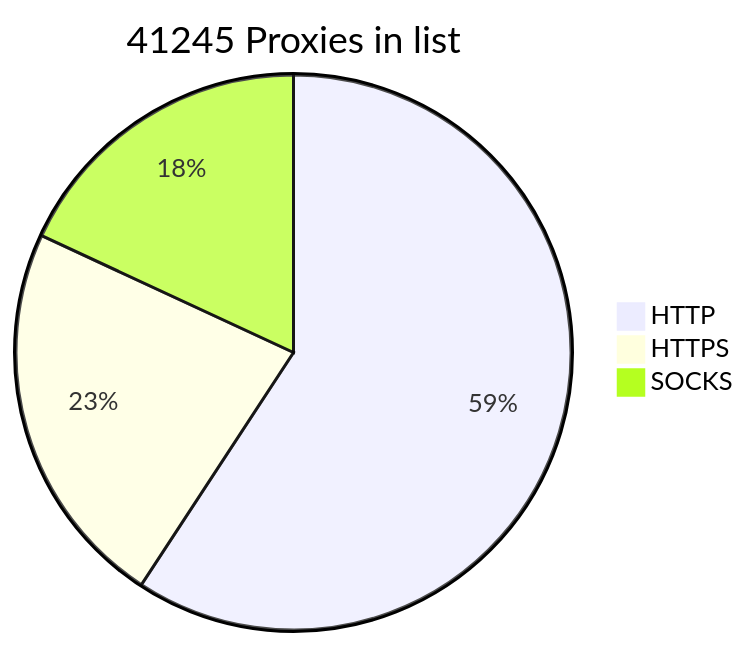
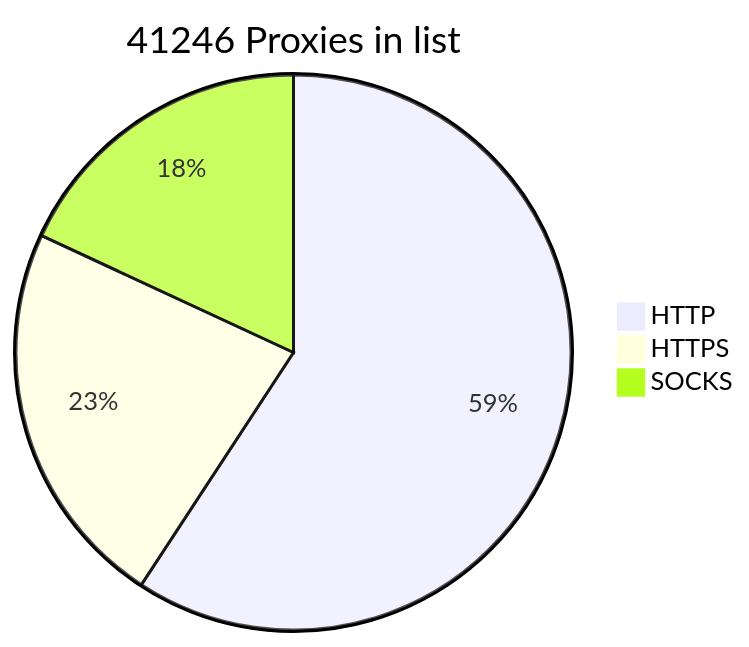
Before and after one commit to BlackSnowDot/proxylist-update-every-minute: the diagram in README.md, drawn with Mermaid.

````diff
--- a/README.md
+++ b/README.md
@@ -2,6 +2,6 @@
 ```mermaid
-pie title 41245 Proxies in list
-    "HTTP" : 28710
+pie title 41246 Proxies in list
+    "HTTP" : 28711
     "HTTPS": 10997
     "SOCKS" : 8766
 ```
````
